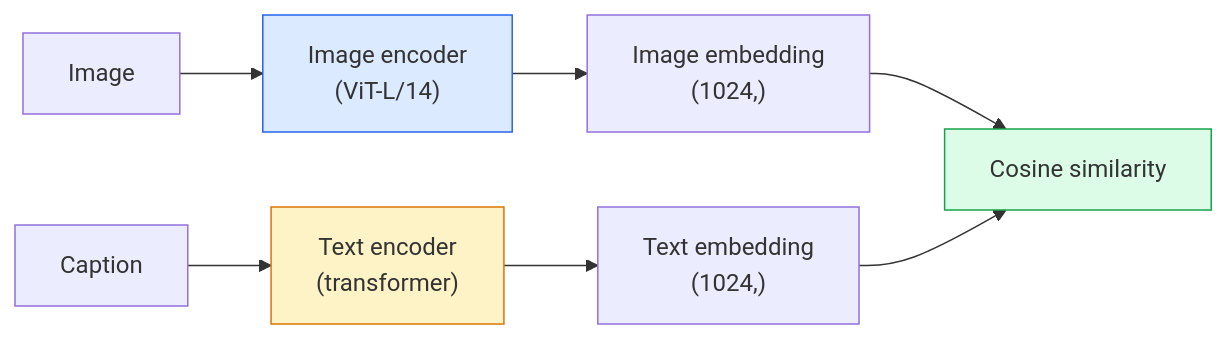
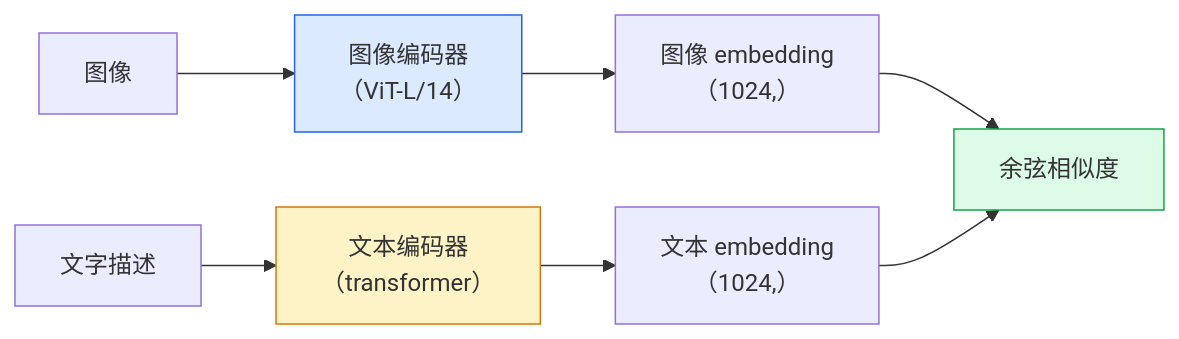
Before and after one commit to JerryC8080/ai-engineering-from-scratch-zh: the diagram in phases/04-computer-vision/18-open-vocab-clip/docs/zh.md, drawn with Mermaid. The commit also changed 156 other files, not shown here.

First line of the commit message:
i18n(zh): translate mermaid diagram labels in 157 lesson zh.md

````diff
--- a/phases/04-computer-vision/18-open-vocab-clip/docs/zh.md
+++ b/phases/04-computer-vision/18-open-vocab-clip/docs/zh.md
@@ -31,11 +31,11 @@
 ```mermaid
 flowchart LR
-    IMG["Image"] --> IENC["Image encoder<br/>(ViT-L/14)"] --> IEMB["Image embedding<br/>(1024,)"]
-    TXT["Caption"] --> TENC["Text encoder<br/>(transformer)"] --> TEMB["Text embedding<br/>(1024,)"]
-    IEMB --> SIM["Cosine similarity"]
+    IMG["图像"] --> IENC["图像编码器<br/>（ViT-L/14）"] --> IEMB["图像 embedding<br/>（1024,）"]
+    TXT["文字描述"] --> TENC["文本编码器<br/>（transformer）"] --> TEMB["文本 embedding<br/>（1024,）"]
+    IEMB --> SIM["余弦相似度"]
     TEMB --> SIM
 
     style IENC fill:#dbeafe,stroke:#2563eb
     style TENC fill:#fef3c7,stroke:#d97706
     style SIM fill:#dcfce7,stroke:#16a34a
 ```
````
